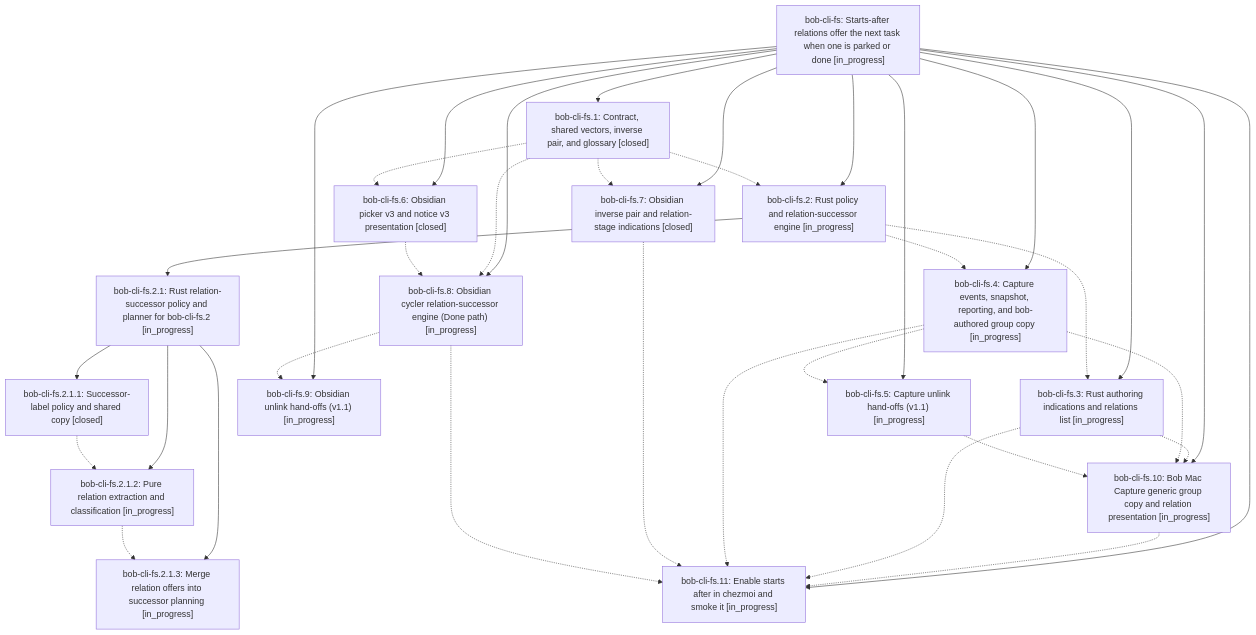
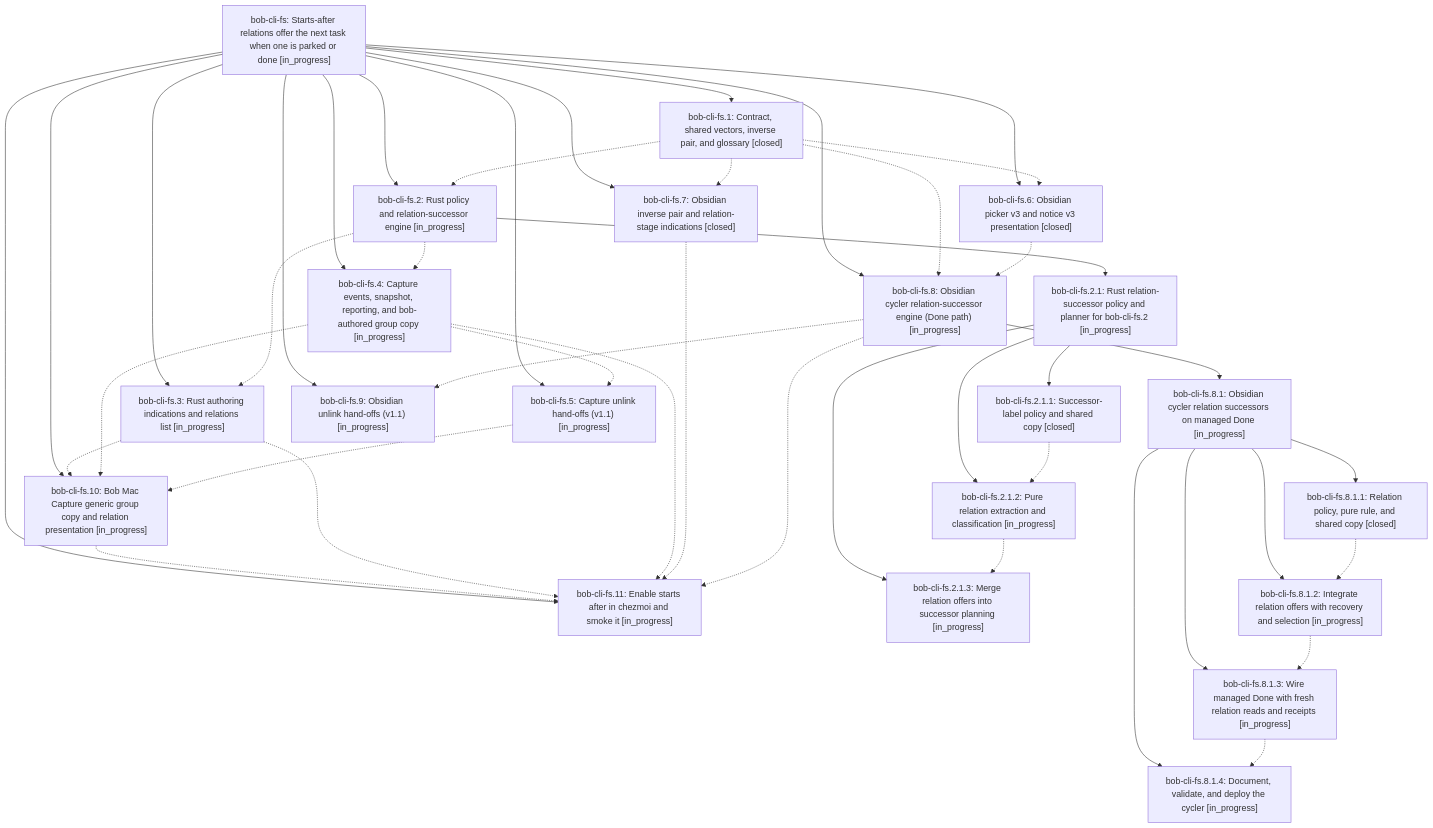
One commit to bobs-org/bob-cli--beads changed the diagram in pages/bob-cli-fs/README.md. Above: the diagram before and after it, drawn with Mermaid. The commit also changed other lines of this file and 11 other files, not shown here.

First line of the commit message:
chore(beads): sync bead state and pages for bob-cli-fs

````diff
--- a/pages/bob-cli-fs/README.md
+++ b/pages/bob-cli-fs/README.md
@@ -44,53 +44,66 @@
 ```mermaid
 flowchart TD
     n0["bob-cli-fs: Starts-after relations offer the next task when one is parked or done [in_progress]"]
     n1["bob-cli-fs.1: Contract, shared vectors, inverse pair, and glossary [closed]"]
     n2["bob-cli-fs.10: Bob Mac Capture generic group copy and relation presentation [in_progress]"]
     n3["bob-cli-fs.11: Enable starts after in chezmoi and smoke it [in_progress]"]
     n4["bob-cli-fs.2: Rust policy and relation-successor engine [in_progress]"]
     n5["bob-cli-fs.2.1: Rust relation-successor policy and planner for bob-cli-fs.2 [in_progress]"]
     n6["bob-cli-fs.2.1.1: Successor-label policy and shared copy [closed]"]
     n7["bob-cli-fs.2.1.2: Pure relation extraction and classification [in_progress]"]
     n8["bob-cli-fs.2.1.3: Merge relation offers into successor planning [in_progress]"]
     n9["bob-cli-fs.3: Rust authoring indications and relations list [in_progress]"]
     n10["bob-cli-fs.4: Capture events, snapshot, reporting, and bob-authored group copy [in_progress]"]
     n11["bob-cli-fs.5: Capture unlink hand-offs (v1.1) [in_progress]"]
     n12["bob-cli-fs.6: Obsidian picker v3 and notice v3 presentation [closed]"]
     n13["bob-cli-fs.7: Obsidian inverse pair and relation-stage indications [closed]"]
     n14["bob-cli-fs.8: Obsidian cycler relation-successor engine (Done path) [in_progress]"]
-    n15["bob-cli-fs.9: Obsidian unlink hand-offs (v1.1) [in_progress]"]
+    n15["bob-cli-fs.8.1: Obsidian cycler relation successors on managed Done [in_progress]"]
+    n16["bob-cli-fs.8.1.1: Relation policy, pure rule, and shared copy [closed]"]
+    n17["bob-cli-fs.8.1.2: Integrate relation offers with recovery and selection [in_progress]"]
+    n18["bob-cli-fs.8.1.3: Wire managed Done with fresh relation reads and receipts [in_progress]"]
+    n19["bob-cli-fs.8.1.4: Document, validate, and deploy the cycler [in_progress]"]
+    n20["bob-cli-fs.9: Obsidian unlink hand-offs (v1.1) [in_progress]"]
     n0 --> n1
     n0 --> n2
     n0 --> n3
     n0 --> n4
     n4 --> n5
     n5 --> n6
     n5 --> n7
     n5 --> n8
     n0 --> n9
     n0 --> n10
     n0 --> n11
     n0 --> n12
     n0 --> n13
     n0 --> n14
-    n0 --> n15
+    n14 --> n15
+    n15 --> n16
+    n15 --> n17
+    n15 --> n18
+    n15 --> n19
+    n0 --> n20
     n1 -.-> n4
     n1 -.-> n12
     n1 -.-> n13
     n1 -.-> n14
     n2 -.-> n3
     n4 -.-> n9
     n4 -.-> n10
     n6 -.-> n7
     n7 -.-> n8
     n9 -.-> n2
     n9 -.-> n3
     n10 -.-> n2
     n10 -.-> n3
     n10 -.-> n11
     n11 -.-> n2
     n12 -.-> n14
     n13 -.-> n3
     n14 -.-> n3
-    n14 -.-> n15
+    n14 -.-> n20
+    n16 -.-> n17
+    n17 -.-> n18
+    n18 -.-> n19
 ```
````
